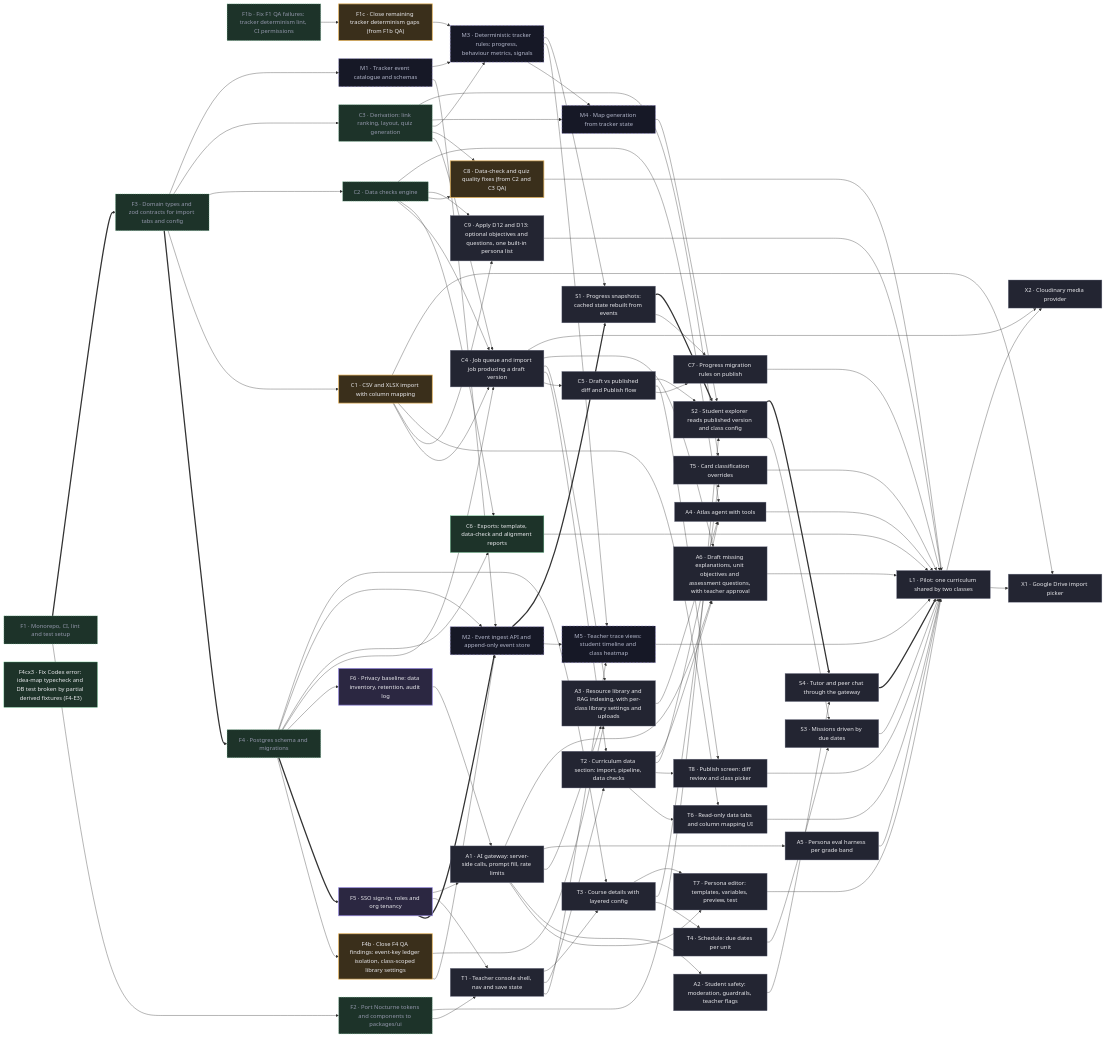
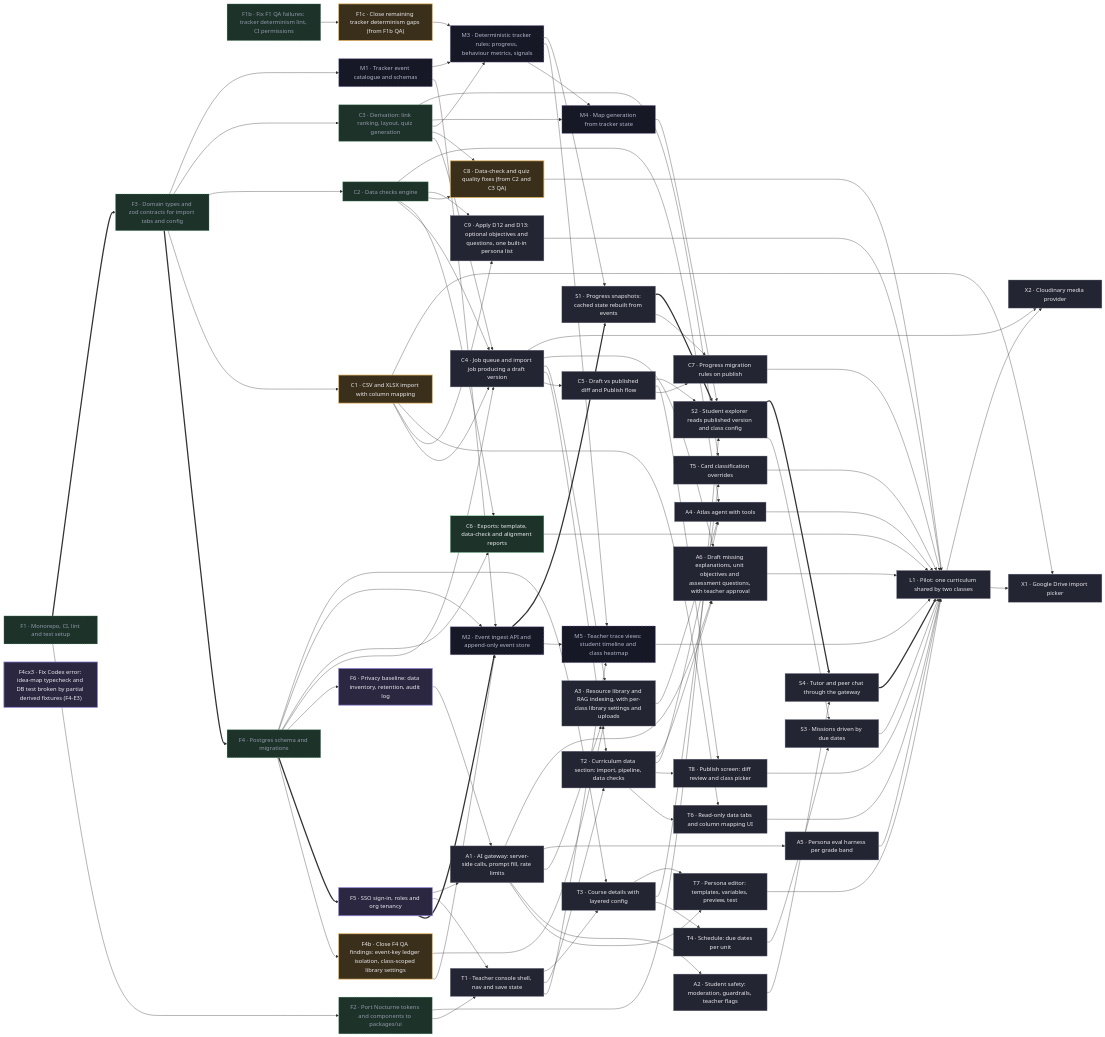
The diagram in docs/PLAN.md (tenkevin/mind-your-tutor), drawn with Mermaid before and after one commit. The commit also changed other lines of this file and 1 other file, not shown here.

````diff
--- a/docs/PLAN.md
+++ b/docs/PLAN.md
@@ -231,9 +230,9 @@
   classDef done fill:#1d3329,stroke:#6fcf97,color:#9397ab,stroke-dasharray:3 3
   classDef spec fill:#161826,stroke:#968ae0,color:#b2b6ca,stroke-dasharray:6 4
   class C4,C5,C7,C9,T1,T2,T3,T4,T5,T6,T7,T8,A1,A2,A3,A4,A5,A6,S1,S2,S3,S4,L1,X1,X2 todo
-  class F5,F6 doing
+  class F4cx3,F5,F6 doing
   class F1c,F4b,C1,C8 review
   class F1,F1b,F2,F3,F4,C2,C3 done
-  class F4cx3,C6 ready
+  class C6 ready
   class M1,M2,M3,M4,M5 spec
 ```
````
